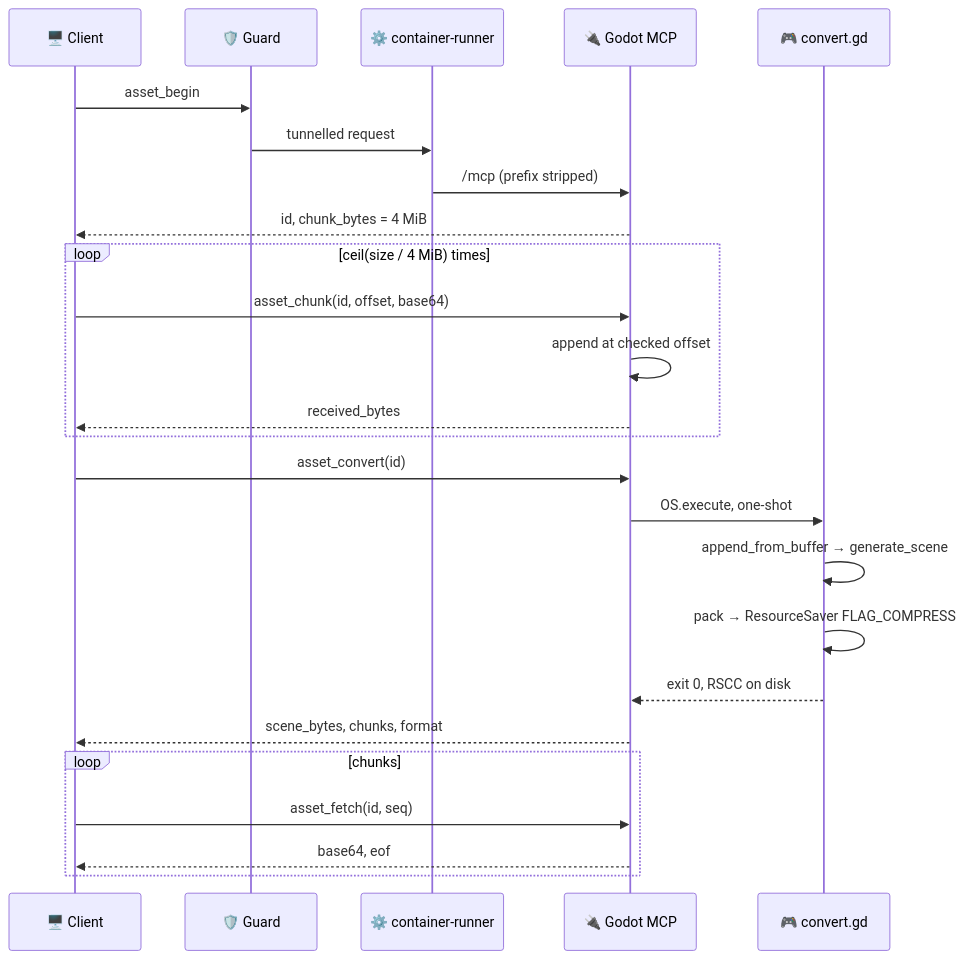
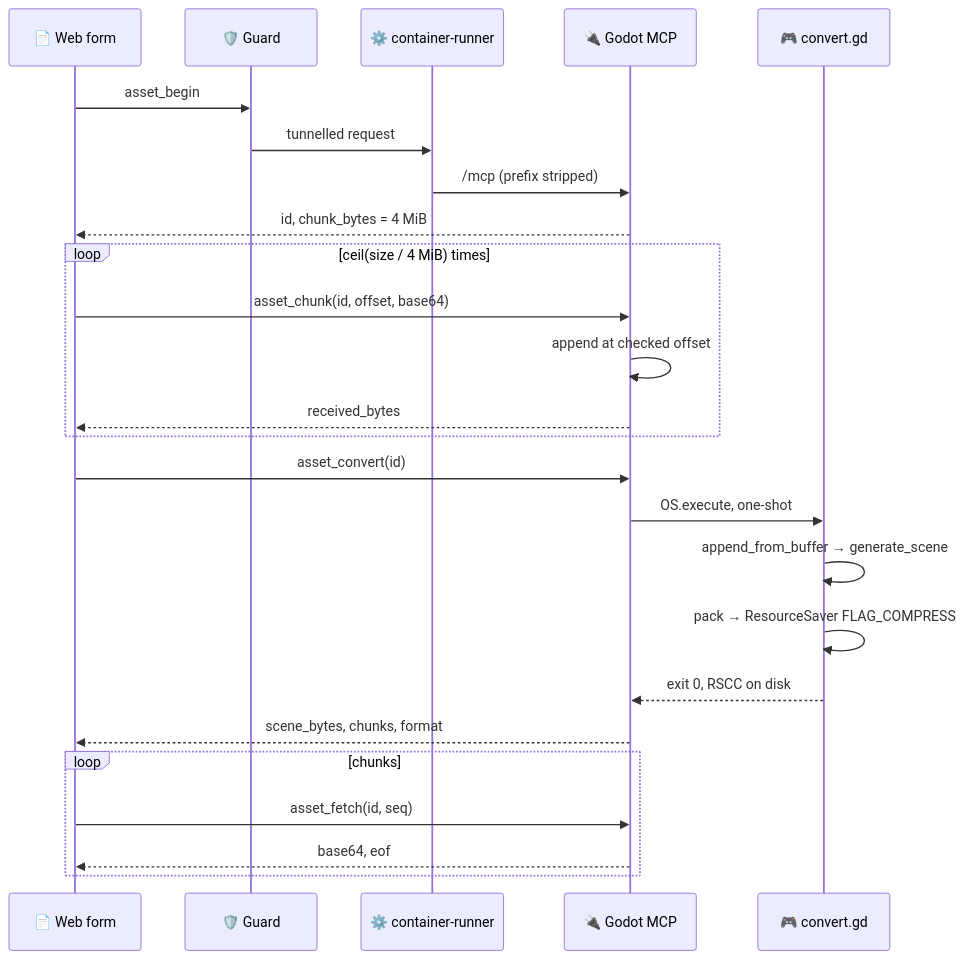
One commit to v-sekai-multiplayer-fabric/fabric-ports-adapters changed the second of 2 diagrams in rfd/0022-glb-to-godot-scene.md. Above: the diagram before and after it, drawn with Mermaid. The commit also changed other lines of this file, not shown here.

Commit message:
Show the web form as the client in the diagram

````diff
--- a/rfd/0022-glb-to-godot-scene.md
+++ b/rfd/0022-glb-to-godot-scene.md
@@ -90,31 +93,31 @@
 ```mermaid
 sequenceDiagram
-    participant C as 🖥️ Client
+    participant C as 📄 Web form
     participant G as 🛡️ Guard
     participant R as ⚙️ container-runner
     participant Z as 🔌 Godot MCP
     participant V as 🎮 convert.gd
 
     C->>G: asset_begin
     G->>R: tunnelled request
     R->>Z: /mcp (prefix stripped)
     Z-->>C: id, chunk_bytes = 4 MiB
 
     loop ceil(size / 4 MiB) times
         C->>Z: asset_chunk(id, offset, base64)
         Z->>Z: append at checked offset
         Z-->>C: received_bytes
     end
 
     C->>Z: asset_convert(id)
     Z->>V: OS.execute, one-shot
     V->>V: append_from_buffer → generate_scene
     V->>V: pack → ResourceSaver FLAG_COMPRESS
     V-->>Z: exit 0, RSCC on disk
     Z-->>C: scene_bytes, chunks, format
 
     loop chunks
         C->>Z: asset_fetch(id, seq)
         Z-->>C: base64, eof
     end
 ```
````
